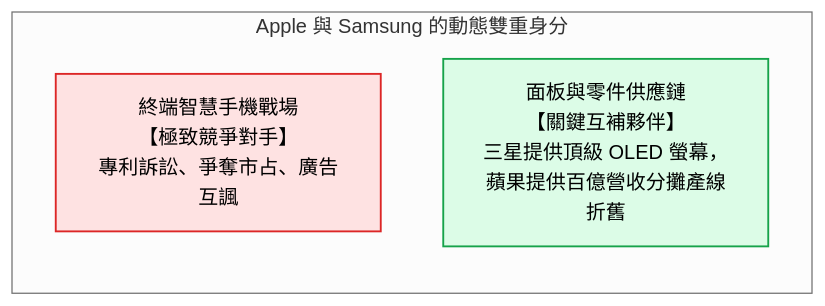
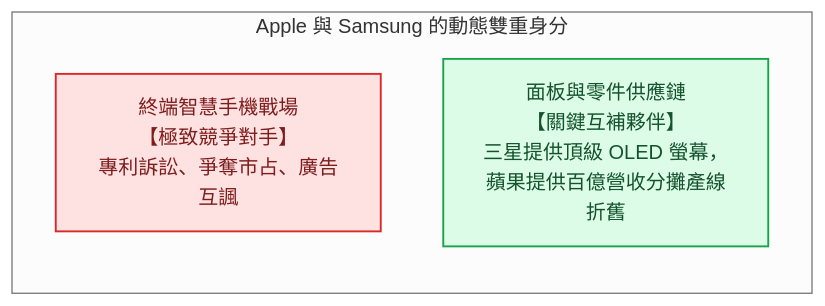
Before and after one commit to Jimlin0428/my-digital-garden: the second of 4 diagrams in src/site/notes/98_商業概念庫/value-net_價值網.md, drawn with Mermaid (neutral theme). The commit also changed other lines of this file and 99 other files, not shown here.

````diff
--- a/src/site/notes/98_商業概念庫/value-net_價值網.md
+++ b/src/site/notes/98_商業概念庫/value-net_價值網.md
@@ -99,10 +99,10 @@
 ```mermaid
 flowchart LR
     subgraph AppleSamsung ["Apple 與 Samsung 的動態雙重身分"]
         direction TB
         C1["終端智慧手機戰場<br>【極致競爭對手】<br>專利訴訟、爭奪市占、廣告互諷"]
         C2["面板與零件供應鏈<br>【關鍵互補夥伴】<br>三星提供頂級 OLED 螢幕，蘋果提供百億營收分攤產線折舊"]
     end
-    style C1 fill:#fee2e2,stroke:#dc2626,stroke-width:1.5px
-    style C2 fill:#dcfce7,stroke:#16a34a,stroke-width:1.5px
+    style C1 fill:#fee2e2,stroke:#dc2626,stroke-width:1.5px,color:#7f1d1d
+    style C2 fill:#dcfce7,stroke:#16a34a,stroke-width:1.5px,color:#14532d
 ```
````
